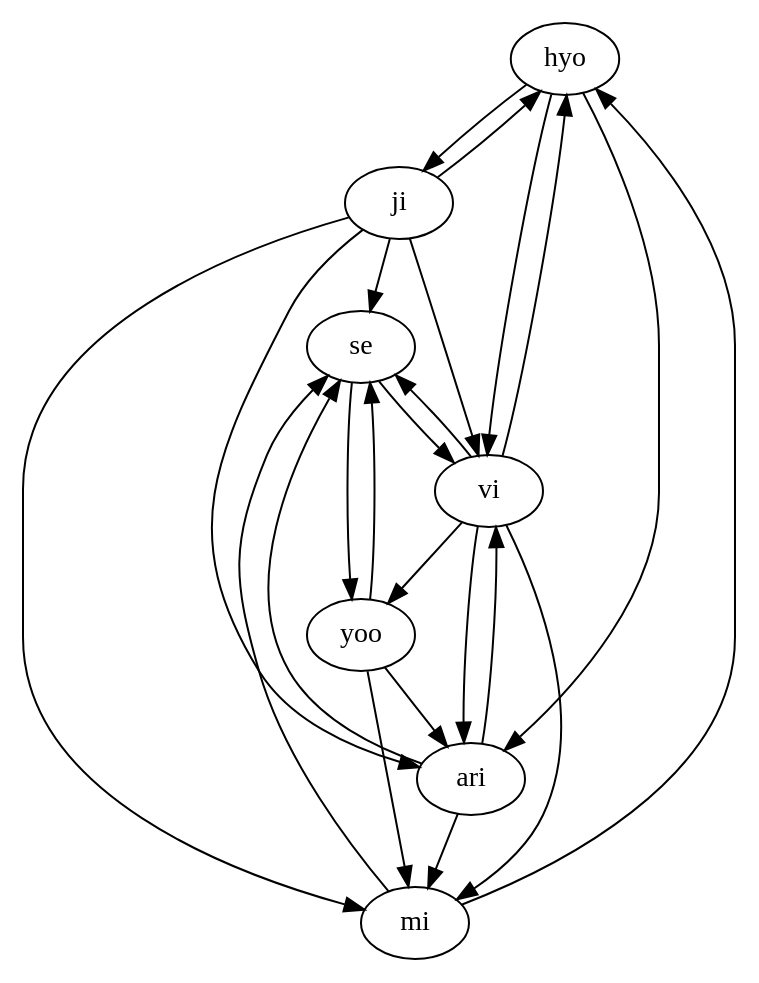
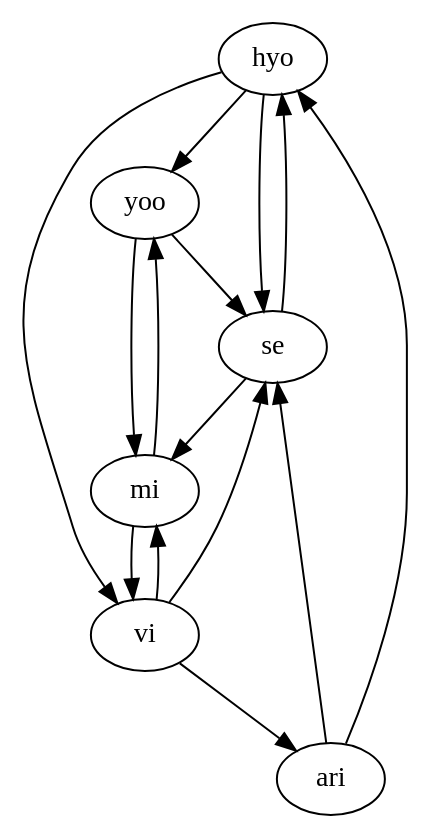
Before and after one commit to hannimpeha/WS: the diagram in src/main/java/resource/awesome.dot, drawn with Graphviz. The commit also changed 8 other files, not shown here.

```diff
--- a/src/main/java/resource/awesome.dot
+++ b/src/main/java/resource/awesome.dot
@@ -1,25 +1,16 @@
 digraph {
-hyo->ji;
-ji->hyo;
-mi->hyo;
+hyo->yoo;
 hyo->vi;
-vi->hyo;
-hyo->ari;
-ji->mi;
-ji->vi;
-ji->se;
-ji->ari;
+hyo->se;
+se->hyo;
+ari->hyo;
 yoo->mi;
-vi->yoo;
+mi->yoo;
 yoo->se;
-se->yoo;
-yoo->ari;
+mi->vi;
 vi->mi;
-mi->se;
-ari->mi;
+se->mi;
 vi->se;
-se->vi;
 vi->ari;
-ari->vi;
 ari->se;
 }
```
